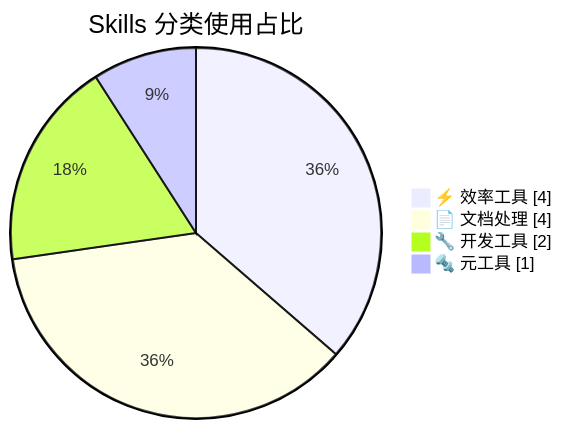
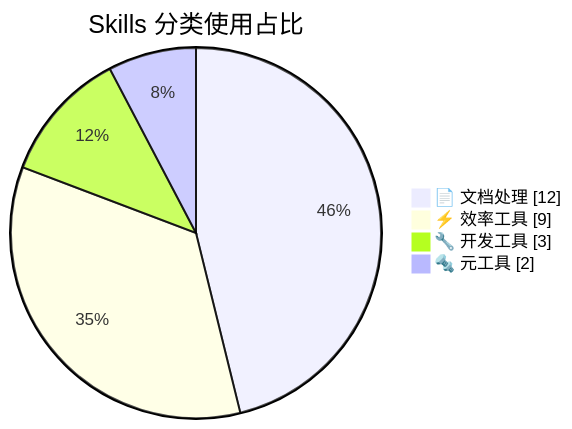
Before and after one commit to leoliu20001120/leooo: the second of 2 diagrams in 10_Work/skills_weekly_reports/Skills周报_W12_2026_0316.md, drawn with Mermaid. The commit also changed other lines of this file and 69 other files, not shown here.

````diff
--- a/10_Work/skills_weekly_reports/Skills周报_W12_2026_0316.md
+++ b/10_Work/skills_weekly_reports/Skills周报_W12_2026_0316.md
@@ -58,8 +58,8 @@
 ```mermaid
 pie showData
     title Skills 分类使用占比
-    "⚡ 效率工具" : 4
-    "📄 文档处理" : 4
-    "🔧 开发工具" : 2
-    "🔩 元工具" : 1
+    "📄 文档处理" : 12
+    "⚡ 效率工具" : 9
+    "🔧 开发工具" : 3
+    "🔩 元工具" : 2
 ```
````
